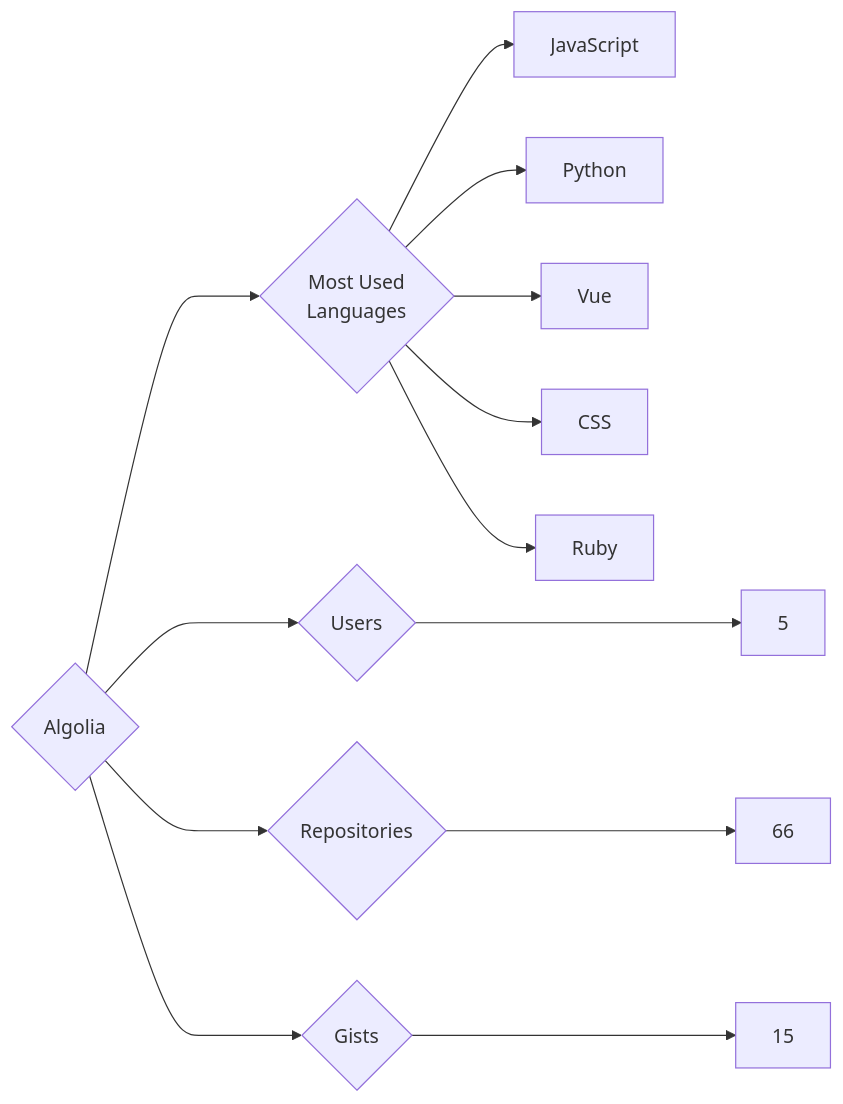
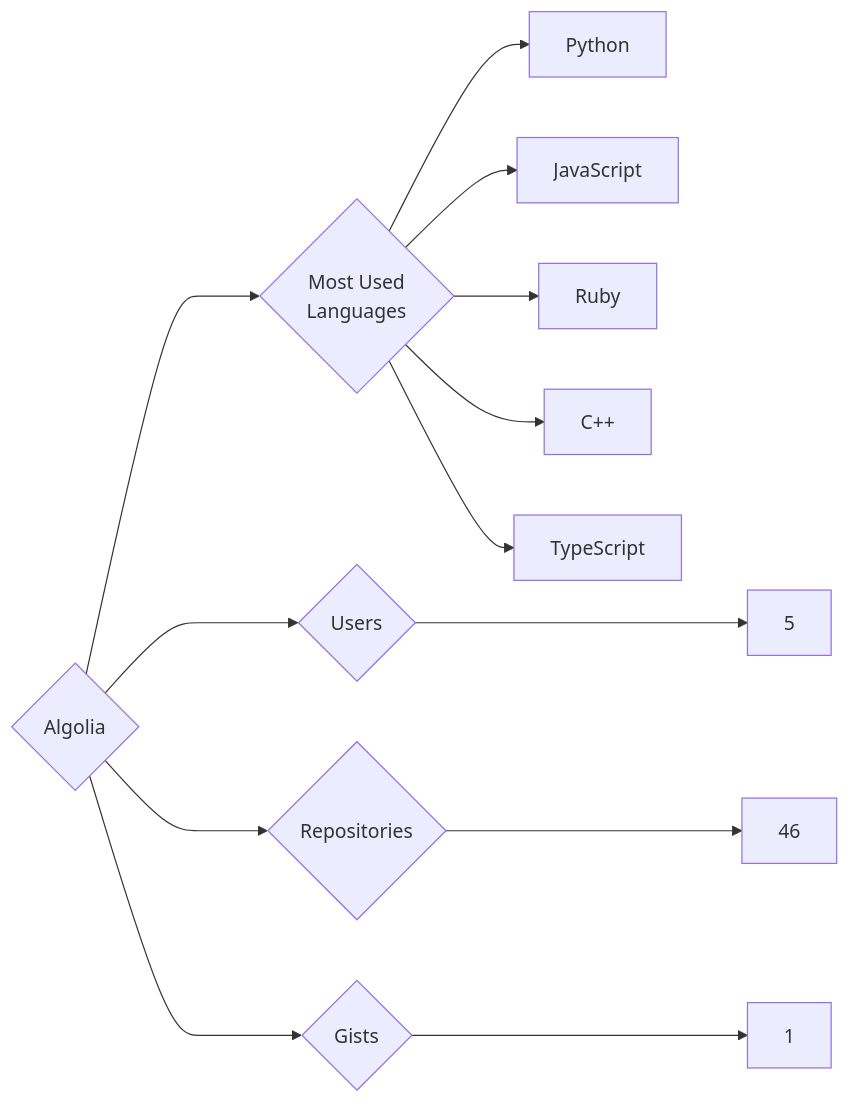
The diagram in targets/Algolia/README.md (trickest/insiders), drawn with Mermaid before and after one commit. The commit also changed 938 other files, not shown here.

````diff
--- a/targets/Algolia/README.md
+++ b/targets/Algolia/README.md
@@ -3,13 +3,13 @@
 ```mermaid
 graph LR
 COMPANY_NAME{Algolia}
 COMPANY_NAME ---> U{Users} ---> UN[5]
-COMPANY_NAME ---> R{Repositories} ---> RN[66]
-COMPANY_NAME ---> G{Gists} ---> GN[15]
+COMPANY_NAME ---> R{Repositories} ---> RN[46]
+COMPANY_NAME ---> G{Gists} ---> GN[1]
 COMPANY_NAME ---> ML{Most Used<br>Languages}
+ML --> Python[Python]
 ML --> JavaScript[JavaScript]
-ML --> Python[Python]
-ML --> Vue[Vue]
-ML --> CSS[CSS]
 ML --> Ruby[Ruby]
+ML --> C++[C++]
+ML --> TypeScript[TypeScript]
 ```
````
